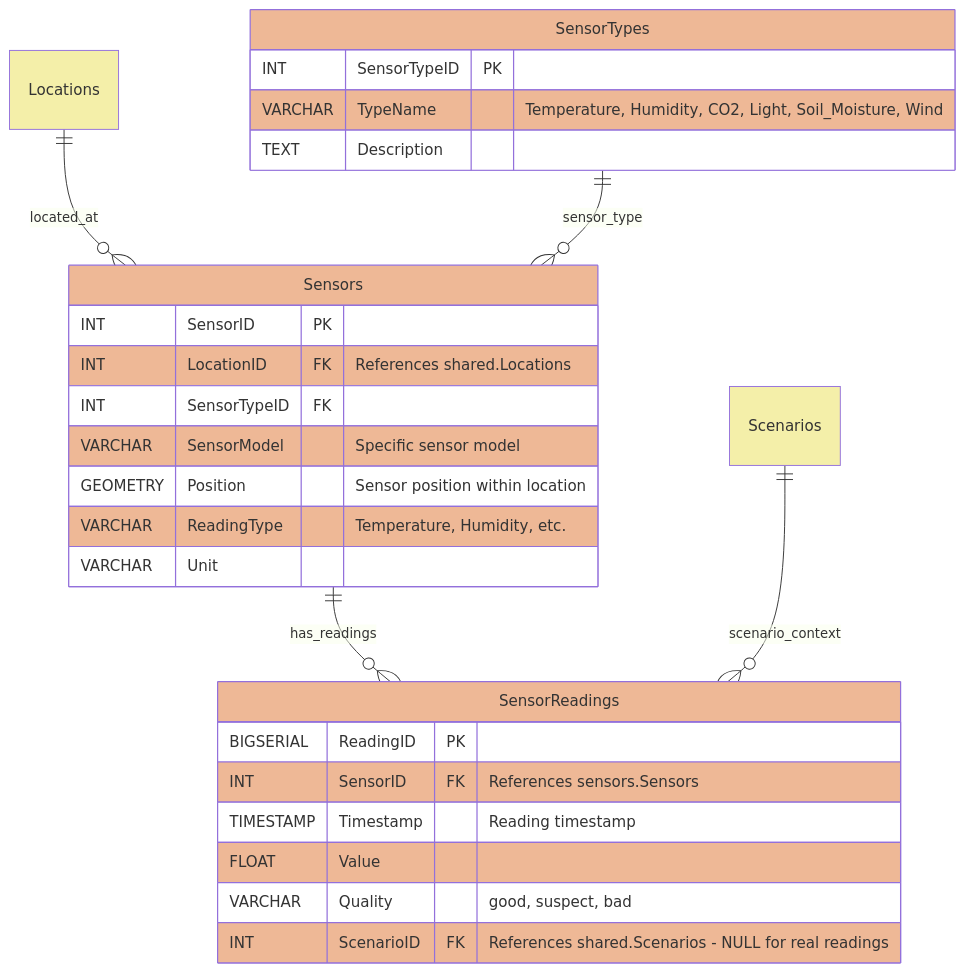
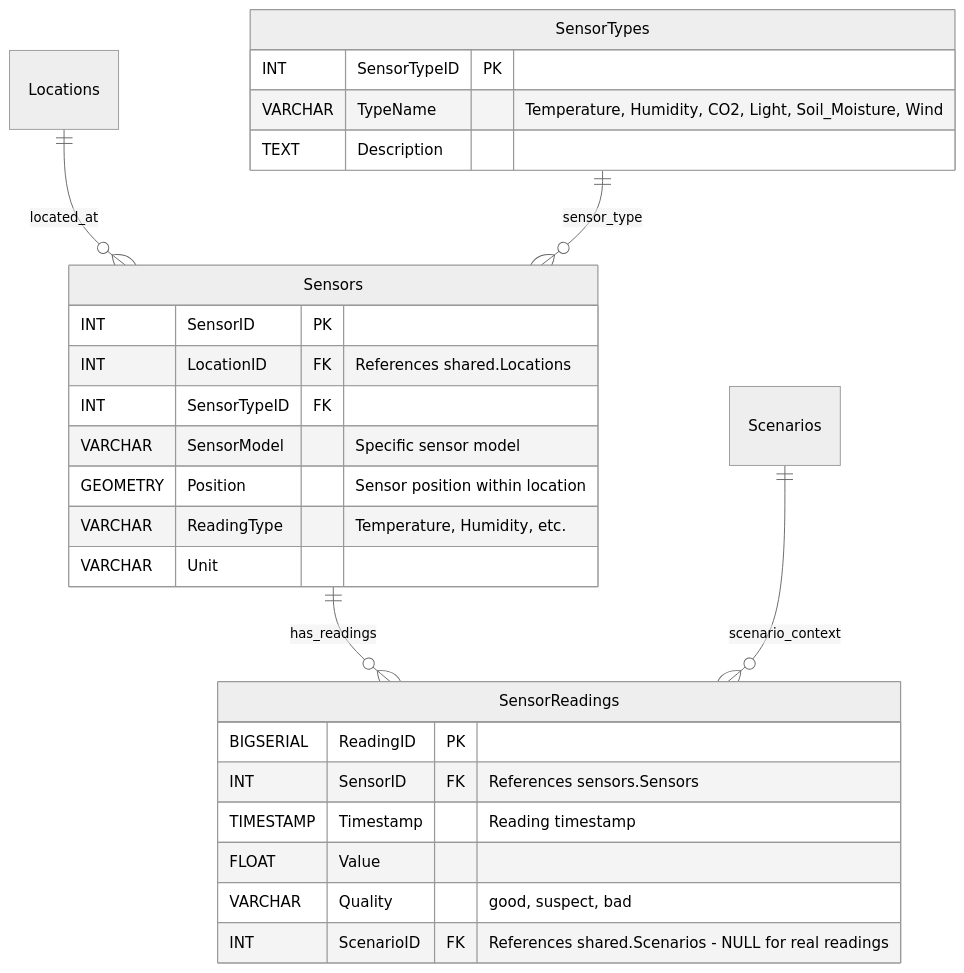
The seventh of 8 diagrams in docs/architecture/database.md (XRFutureForests/digital-twin-db), drawn with Mermaid before and after one commit. The commit also changed other lines of this file and 3 other files, not shown here.

````diff
--- a/docs/architecture/database.md
+++ b/docs/architecture/database.md
@@ -256,40 +292,38 @@
 ```mermaid
+%%{init: {
+  "theme": "neutral"
+}}%%
 erDiagram
     Locations
     Scenarios
 
     SensorTypes {
         INT SensorTypeID PK
         VARCHAR TypeName "Temperature, Humidity, CO2, Light, Soil_Moisture, Wind"
         TEXT Description
     }
 
     Sensors {
         INT SensorID PK
         INT LocationID FK "References shared.Locations"
         INT SensorTypeID FK
         VARCHAR SensorModel "Specific sensor model"
         GEOMETRY Position "Sensor position within location"
         VARCHAR ReadingType "Temperature, Humidity, etc."
         VARCHAR Unit
     }
 
     SensorReadings {
         BIGSERIAL ReadingID PK
         INT SensorID FK "References sensors.Sensors"
         TIMESTAMP Timestamp "Reading timestamp"
         FLOAT Value
         VARCHAR Quality "good, suspect, bad"
         INT ScenarioID FK "References shared.Scenarios - NULL for real readings"
     }
 
     Locations ||--o{ Sensors : located_at
     SensorTypes ||--o{ Sensors : sensor_type
     Sensors ||--o{ SensorReadings : has_readings
     Scenarios ||--o{ SensorReadings : scenario_context
-
-    classDef shared fill:#F4EFA9
-    classDef monitoring fill:#eeb896
-    class Locations,Scenarios shared
-    class SensorTypes,Sensors,SensorReadings monitoring
 ```
````
